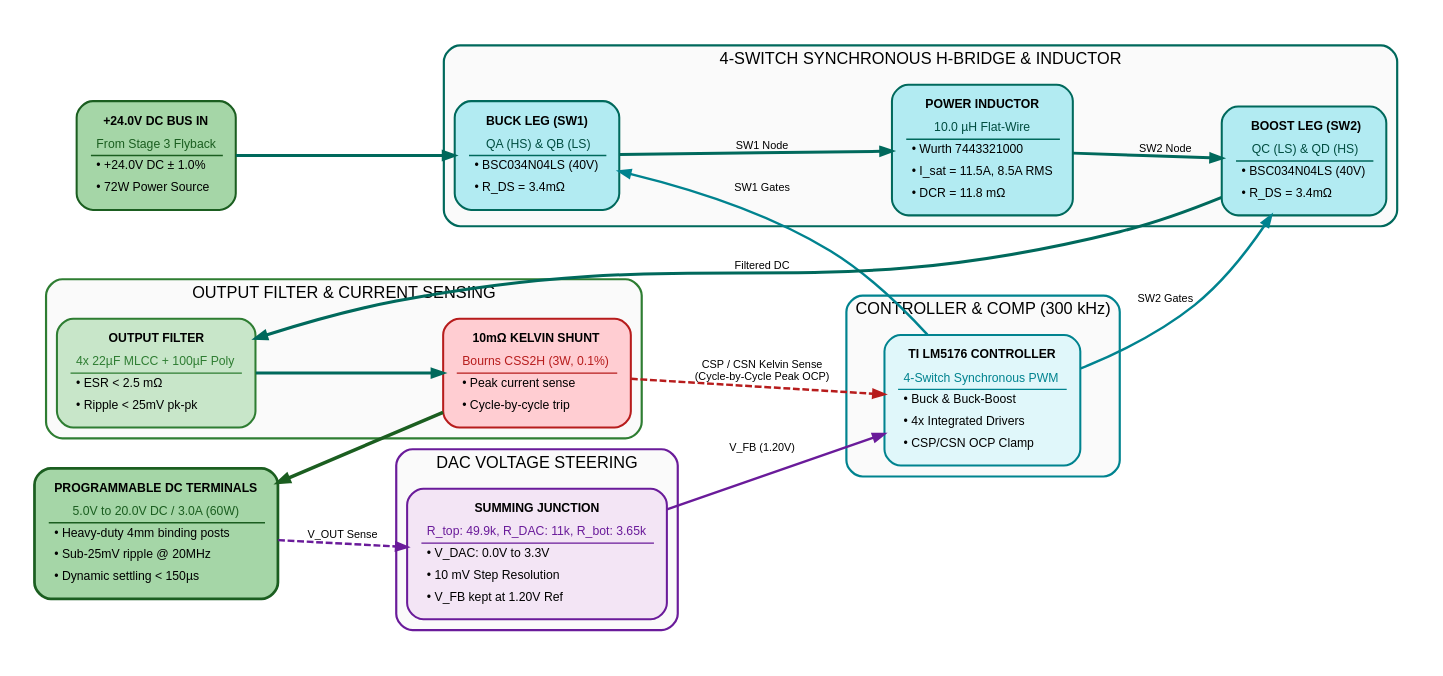
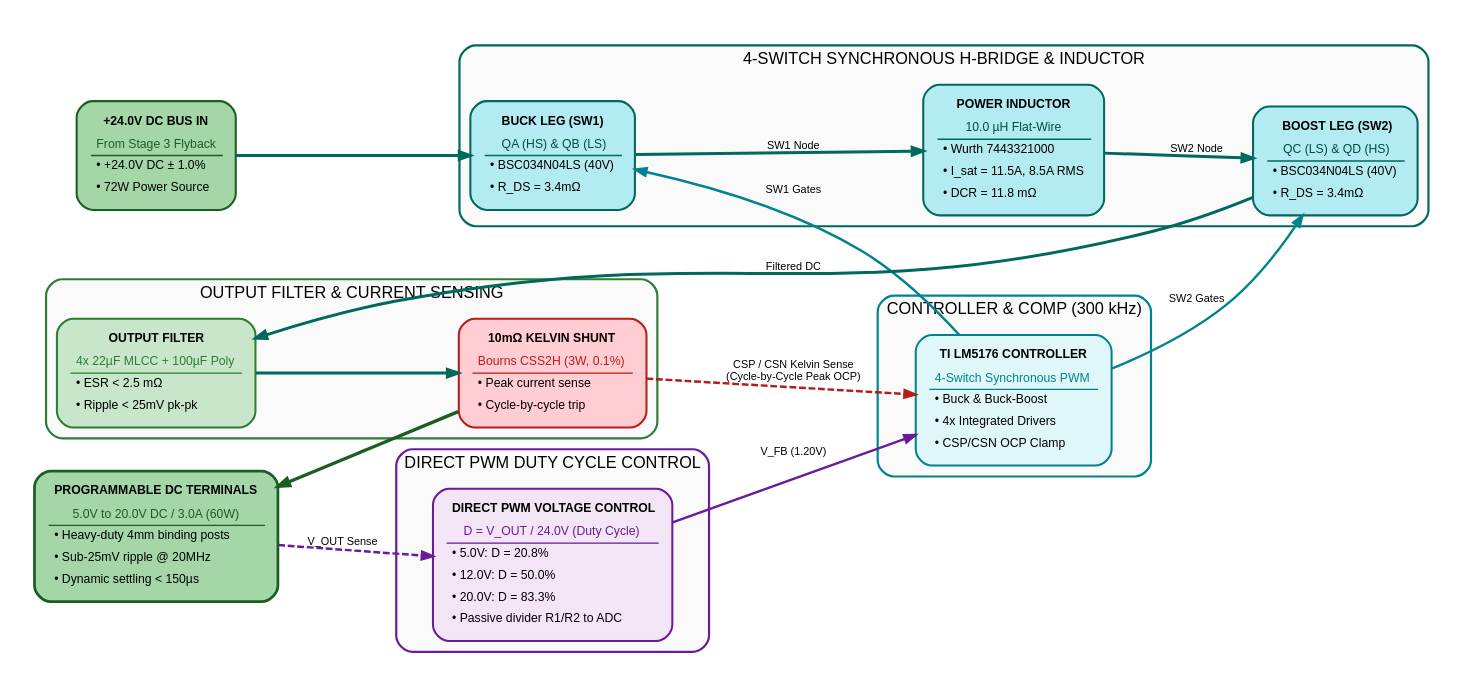
Before and after one commit to tthongs/av_iv: the diagram in final_prd_staging/diagrams/figure7_inside_stage4_buck_boost.dot, drawn with Graphviz. The commit also changed 32 other files, not shown here.

Commit message:
feat: trash voltage steering, transition to direct PWM duty cycle voltage control, and regenerate connections diagram

```diff
--- a/final_prd_staging/diagrams/figure7_inside_stage4_buck_boost.dot
+++ b/final_prd_staging/diagrams/figure7_inside_stage4_buck_boost.dot
@@ -1,187 +1,188 @@
 digraph Figure7Stage4BuckBoost {
     graph [
         rankdir=LR,
         bgcolor="#FFFFFF",
         compound=true,
         fontname="Helvetica, Arial, sans-serif",
         fontsize=12,
         nodesep=0.35,
         ranksep=0.55,
         pad="0.25,0.25",
         splines=true
     ];
 
     node [
         fontname="Helvetica, Arial, sans-serif",
         fontsize=9,
         shape=box,
         style="filled,rounded",
         margin="0.14,0.10",
         penwidth=1.5
     ];
 
     edge [
         fontname="Helvetica, Arial, sans-serif",
         fontsize=8,
         penwidth=1.8,
         arrowsize=0.8
     ];
 
     bus_in [
         label = <<table border="0" cellborder="0" cellspacing="2">
             <tr><td><b>+24.0V DC BUS IN</b></td></tr>
             <tr><td><font color="#1B5E20">From Stage 3 Flyback</font></td></tr>
             <hr/>
             <tr><td align="left">• +24.0V DC ± 1.0%</td></tr>
             <tr><td align="left">• 72W Power Source</td></tr>
         </table>>,
         fillcolor = "#A5D6A7",
         color = "#1B5E20"
     ];
 
     subgraph cluster_ctrl {
         label = "CONTROLLER & COMP (300 kHz)";
         style = "filled,rounded";
         fillcolor = "#FAFAFA";
         color = "#00838F";
         penwidth = 1.6;
 
         lm5176 [
             label = <<table border="0" cellborder="0" cellspacing="2">
                 <tr><td><b>TI LM5176 CONTROLLER</b></td></tr>
                 <tr><td><font color="#00838F">4-Switch Synchronous PWM</font></td></tr>
                 <hr/>
                 <tr><td align="left">• Buck &amp; Buck-Boost</td></tr>
                 <tr><td align="left">• 4x Integrated Drivers</td></tr>
                 <tr><td align="left">• CSP/CSN OCP Clamp</td></tr>
             </table>>,
             fillcolor = "#E0F7FA",
             color = "#00838F"
         ];
     }
 
     subgraph cluster_hbridge {
         label = "4-SWITCH SYNCHRONOUS H-BRIDGE & INDUCTOR";
         style = "filled,rounded";
         fillcolor = "#FAFAFA";
         color = "#00695C";
         penwidth = 1.6;
 
         qa_qb [
             label = <<table border="0" cellborder="0" cellspacing="2">
                 <tr><td><b>BUCK LEG (SW1)</b></td></tr>
                 <tr><td><font color="#004D40">QA (HS) &amp; QB (LS)</font></td></tr>
                 <hr/>
                 <tr><td align="left">• BSC034N04LS (40V)</td></tr>
                 <tr><td align="left">• R_DS = 3.4mΩ</td></tr>
             </table>>,
             fillcolor = "#B2EBF2",
             color = "#00695C"
         ];
 
         ind [
             label = <<table border="0" cellborder="0" cellspacing="2">
                 <tr><td><b>POWER INDUCTOR</b></td></tr>
                 <tr><td><font color="#004D40">10.0 µH Flat-Wire</font></td></tr>
                 <hr/>
                 <tr><td align="left">• Wurth 7443321000</td></tr>
                 <tr><td align="left">• I_sat = 11.5A, 8.5A RMS</td></tr>
                 <tr><td align="left">• DCR = 11.8 mΩ</td></tr>
             </table>>,
             fillcolor = "#B2EBF2",
             color = "#00695C"
         ];
 
         qc_qd [
             label = <<table border="0" cellborder="0" cellspacing="2">
                 <tr><td><b>BOOST LEG (SW2)</b></td></tr>
                 <tr><td><font color="#004D40">QC (LS) &amp; QD (HS)</font></td></tr>
                 <hr/>
                 <tr><td align="left">• BSC034N04LS (40V)</td></tr>
                 <tr><td align="left">• R_DS = 3.4mΩ</td></tr>
             </table>>,
             fillcolor = "#B2EBF2",
             color = "#00695C"
         ];
     }
 
     subgraph cluster_out_bank {
         label = "OUTPUT FILTER & CURRENT SENSING";
         style = "filled,rounded";
         fillcolor = "#FAFAFA";
         color = "#2E7D32";
         penwidth = 1.6;
 
         out_caps [
             label = <<table border="0" cellborder="0" cellspacing="2">
                 <tr><td><b>OUTPUT FILTER</b></td></tr>
                 <tr><td><font color="#2E7D32">4x 22µF MLCC + 100µF Poly</font></td></tr>
                 <hr/>
                 <tr><td align="left">• ESR &lt; 2.5 mΩ</td></tr>
                 <tr><td align="left">• Ripple &lt; 25mV pk-pk</td></tr>
             </table>>,
             fillcolor = "#C8E6C9",
             color = "#2E7D32"
         ];
 
         shunt [
             label = <<table border="0" cellborder="0" cellspacing="2">
                 <tr><td><b>10mΩ KELVIN SHUNT</b></td></tr>
                 <tr><td><font color="#B71C1C">Bourns CSS2H (3W, 0.1%)</font></td></tr>
                 <hr/>
                 <tr><td align="left">• Peak current sense</td></tr>
                 <tr><td align="left">• Cycle-by-cycle trip</td></tr>
             </table>>,
             fillcolor = "#FFCDD2",
             color = "#B71C1C"
         ];
     }
 
     subgraph cluster_dac_sum {
-        label = "DAC VOLTAGE STEERING";
+        label = "DIRECT PWM DUTY CYCLE CONTROL";
         style = "filled,rounded";
         fillcolor = "#FAFAFA";
         color = "#6A1B9A";
         penwidth = 1.6;
 
         dac_sum [
             label = <<table border="0" cellborder="0" cellspacing="2">
-                <tr><td><b>SUMMING JUNCTION</b></td></tr>
-                <tr><td><font color="#6A1B9A">R_top: 49.9k, R_DAC: 11k, R_bot: 3.65k</font></td></tr>
+                <tr><td><b>DIRECT PWM VOLTAGE CONTROL</b></td></tr>
+                <tr><td><font color="#6A1B9A">D = V_OUT / 24.0V (Duty Cycle)</font></td></tr>
                 <hr/>
-                <tr><td align="left">• V_DAC: 0.0V to 3.3V</td></tr>
-                <tr><td align="left">• 10 mV Step Resolution</td></tr>
-                <tr><td align="left">• V_FB kept at 1.20V Ref</td></tr>
+                <tr><td align="left">• 5.0V: D = 20.8%</td></tr>
+                <tr><td align="left">• 12.0V: D = 50.0%</td></tr>
+                <tr><td align="left">• 20.0V: D = 83.3%</td></tr>
+                <tr><td align="left">• Passive divider R1/R2 to ADC</td></tr>
             </table>>,
             fillcolor = "#F3E5F5",
             color = "#6A1B9A"
         ];
     }
 
     out_rail [
         label = <<table border="0" cellborder="0" cellspacing="2">
             <tr><td><b>PROGRAMMABLE DC TERMINALS</b></td></tr>
             <tr><td><font color="#1B5E20">5.0V to 20.0V DC / 3.0A (60W)</font></td></tr>
             <hr/>
             <tr><td align="left">• Heavy-duty 4mm binding posts</td></tr>
             <tr><td align="left">• Sub-25mV ripple @ 20MHz</td></tr>
             <tr><td align="left">• Dynamic settling &lt; 150µs</td></tr>
         </table>>,
         fillcolor = "#A5D6A7",
         color = "#1B5E20",
         penwidth = 2.0
     ];
 
     bus_in -> qa_qb [color="#00695C", penwidth=2.2];
     lm5176 -> qa_qb [label=" SW1 Gates", color="#00838F"];
     qa_qb -> ind [label=" SW1 Node", color="#00695C", penwidth=2.2];
     ind -> qc_qd [label=" SW2 Node", color="#00695C", penwidth=2.2];
     lm5176 -> qc_qd [label=" SW2 Gates", color="#00838F"];
     qc_qd -> out_caps [label=" Filtered DC", color="#00695C", penwidth=2.2];
     out_caps -> shunt [color="#00695C", penwidth=2.2];
     shunt -> out_rail [color="#1B5E20", penwidth=2.5];
 
     shunt -> lm5176 [label=" CSP / CSN Kelvin Sense\n(Cycle-by-Cycle Peak OCP)", style="dashed", color="#B71C1C", penwidth=1.8];
     out_rail -> dac_sum [label=" V_OUT Sense", style="dashed", color="#6A1B9A"];
     dac_sum -> lm5176 [label=" V_FB (1.20V)", color="#6A1B9A"];
 }
```
